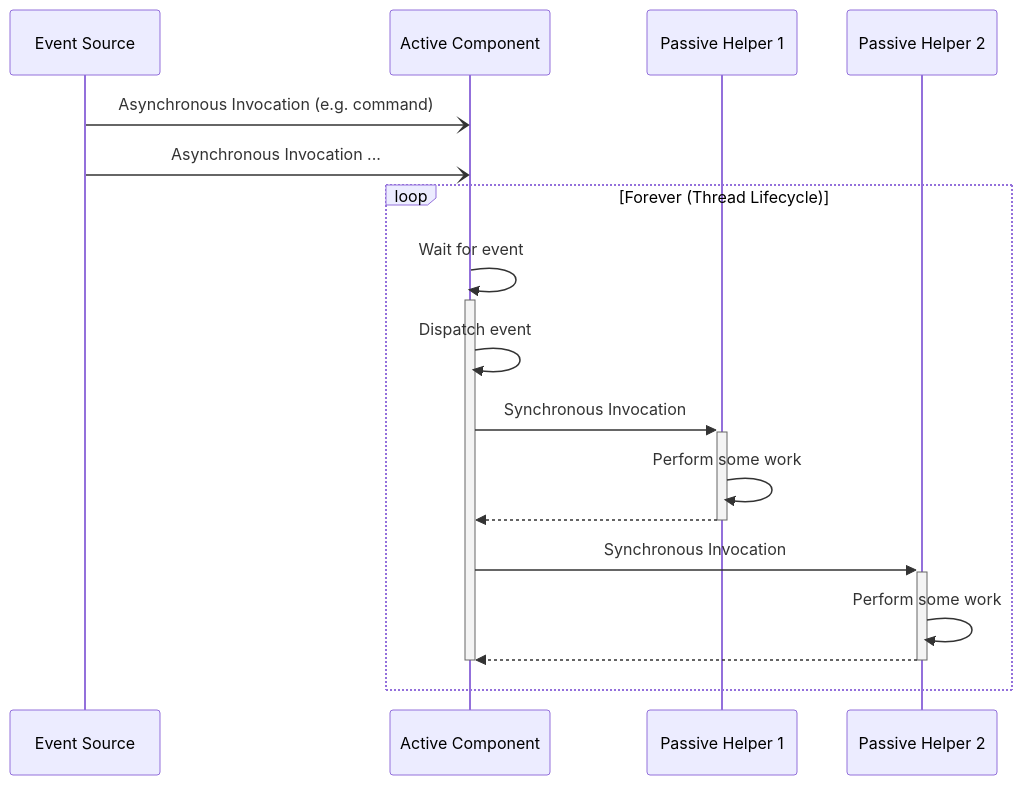
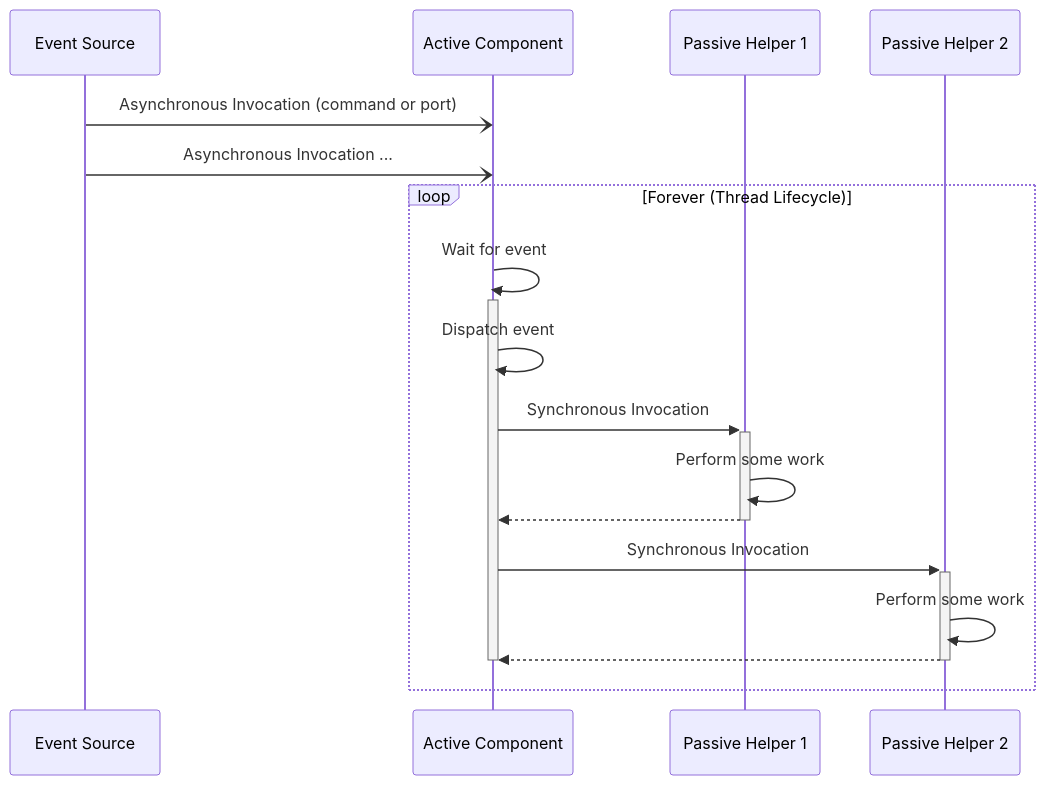
One commit to nasa/fprime changed the sixth of 7 diagrams in docs/user-manual/framework/component-and-port-selection.md. Above: the diagram before and after it, drawn with Mermaid. The commit also changed other lines of this file, not shown here.

````diff
--- a/docs/user-manual/framework/component-and-port-selection.md
+++ b/docs/user-manual/framework/component-and-port-selection.md
@@ -191,24 +204,24 @@
 ```mermaid
 sequenceDiagram
     participant E as Event Source
     participant C1 as Active Component
     participant H1 as Passive Helper 1
     participant H2 as Passive Helper 2
 
-    E-)C1: Asynchronous Invocation (e.g. command)
+    E-)C1: Asynchronous Invocation (command or port)
     E-)C1: Asynchronous Invocation ...
 
     loop Forever (Thread Lifecycle)
         C1->>+C1: Wait for event
         C1->>C1: Dispatch event
         C1->>+H1: Synchronous Invocation
         H1->>H1: Perform some work
         H1-->>C1:
         deactivate H1
         C1->>+H2: Synchronous Invocation
         H2->>H2: Perform some work
         H2-->>C1:
         deactivate H2
         deactivate C1
     end
 ```
````
